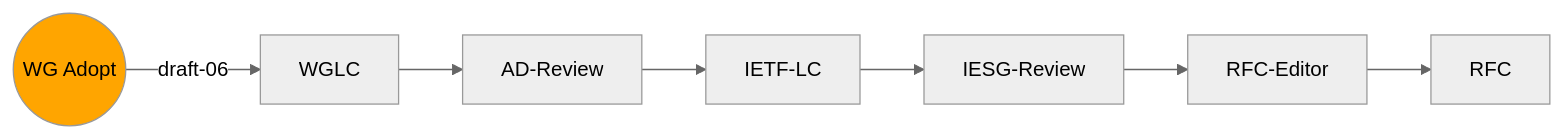
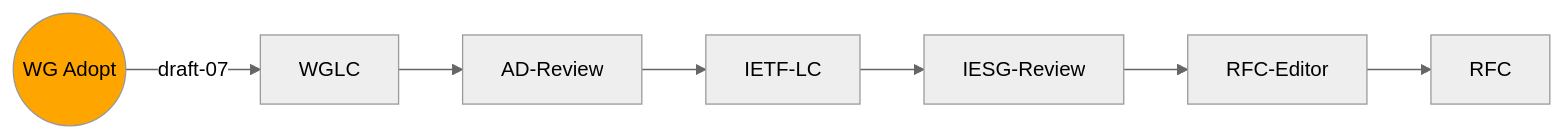
Before and after one commit to ietf-wg-httpapi/ietf-wg-httpapi.github.io: the third of 8 diagrams in index.md, drawn with Mermaid (neutral theme). The commit also changed other lines of this file, not shown here.

Commit message:
Updated mermaid diagrams

````diff
--- a/index.md
+++ b/index.md
@@ -60,13 +59,13 @@
 ```mermaid
 graph LR
     classDef current fill:orange
     classDef lastIETF fill:pink
 
-    WG-Adopt((WG Adopt)) --draft-06--> WGLC
+    WG-Adopt((WG Adopt)) --draft-07--> WGLC
     class WG-Adopt current
     WGLC --> AD-Review
     AD-Review --> IETF-LC
     IETF-LC --> IESG-Review
     IESG-Review --> RFC-Editor
     RFC-Editor --> RFC
 ```
````
